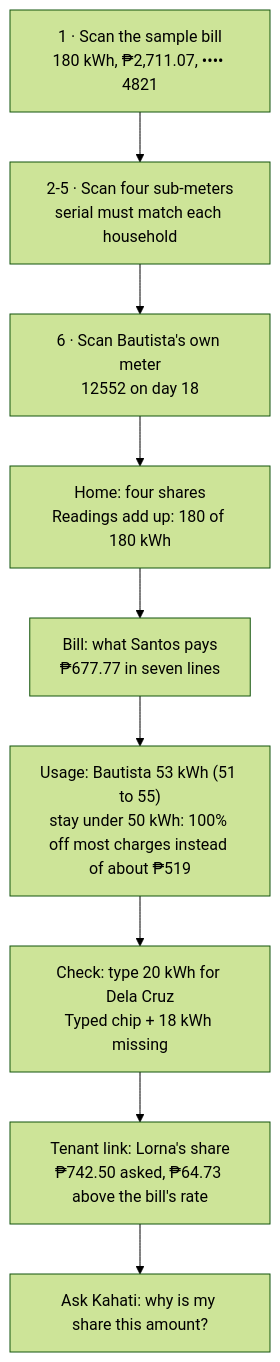
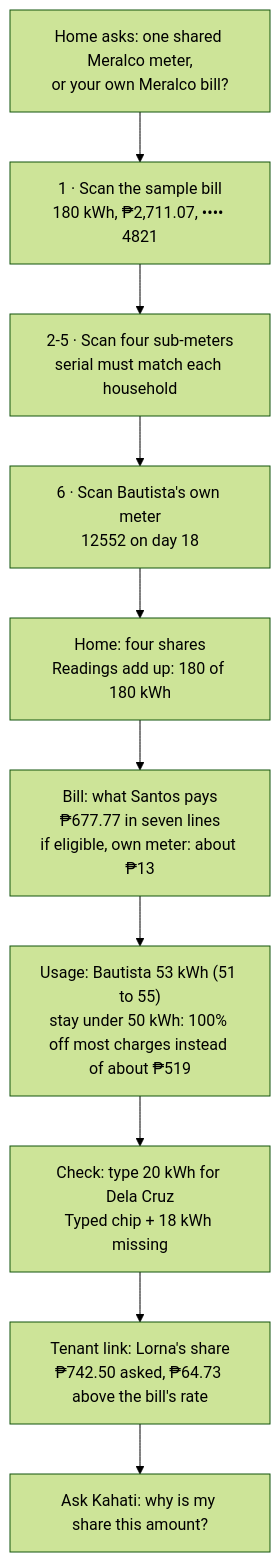
One commit to msmeralco/TeamNewYorkStylePizza changed the third of 8 diagrams in README.md. Above: the diagram before and after it, drawn with Mermaid (forest theme).

Commit message:
README: demo path starts with the setup question; Bill shows the own-meter lifeline line

````diff
--- a/README.md
+++ b/README.md
@@ -72,11 +72,12 @@
 ```mermaid
 flowchart TD
+    S0["Home asks: one shared Meralco meter,<br/>or your own Meralco bill?"] --> S1
     S1["1 · Scan the sample bill<br/>180 kWh, ₱2,711.07, •••• 4821"] --> S2["2-5 · Scan four sub-meters<br/>serial must match each household"]
     S2 --> S6["6 · Scan Bautista's own meter<br/>12552 on day 18"]
     S6 --> H["Home: four shares<br/>Readings add up: 180 of 180 kWh"]
-    H --> BL["Bill: what Santos pays<br/>₱677.77 in seven lines"]
+    H --> BL["Bill: what Santos pays<br/>₱677.77 in seven lines<br/>if eligible, own meter: about ₱13"]
     BL --> U["Usage: Bautista 53 kWh (51 to 55)<br/>stay under 50 kWh: 100% off most charges instead of about ₱519"]
     U --> C["Check: type 20 kWh for Dela Cruz<br/>Typed chip + 18 kWh missing"]
     C --> T["Tenant link: Lorna's share<br/>₱742.50 asked, ₱64.73 above the bill's rate"]
     T --> Q["Ask Kahati: why is my share this amount?"]
 ```
````
